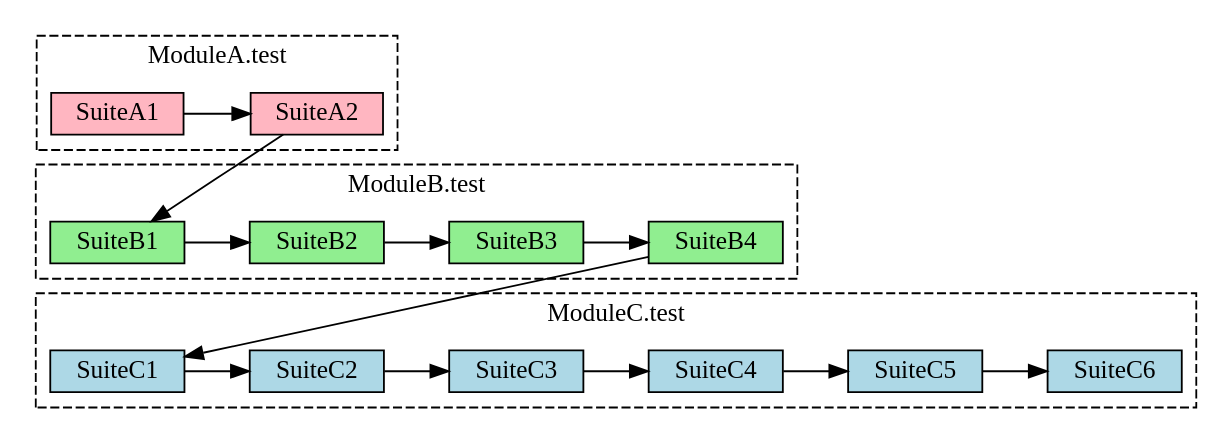
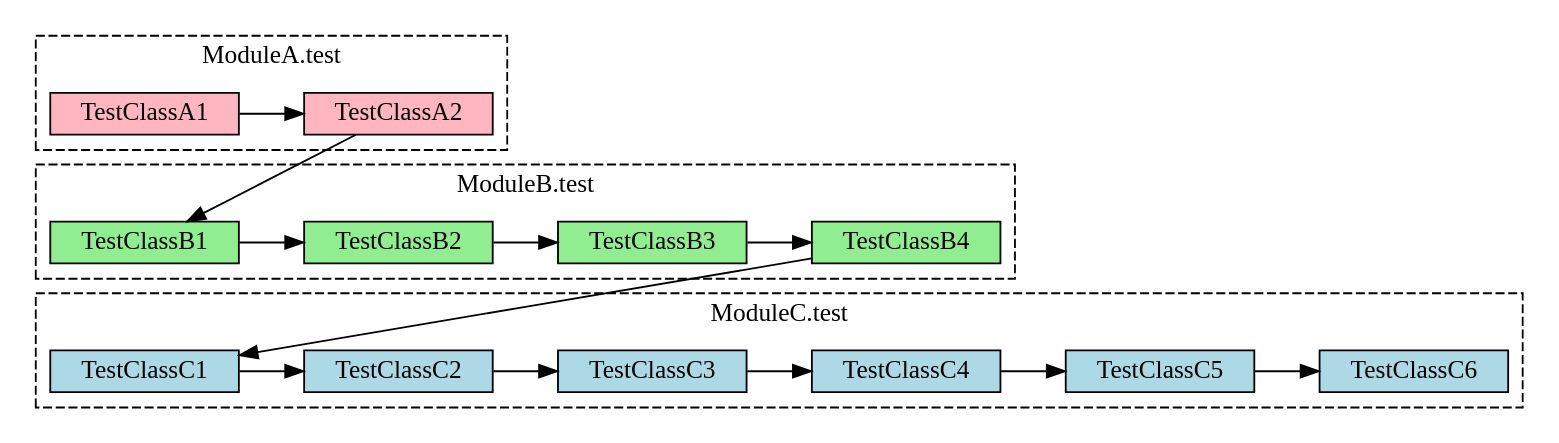
One commit to com-lihaoyi/mill changed the first of 5 diagrams in website/blog/modules/ROOT/pages/11-jvm-test-parallelism.adoc. Above: the diagram before and after it, drawn with Graphviz. The commit also changed other lines of this file, not shown here.

````diff
--- a/website/blog/modules/ROOT/pages/11-jvm-test-parallelism.adoc
+++ b/website/blog/modules/ROOT/pages/11-jvm-test-parallelism.adoc
@@ -56,41 +57,41 @@
 ```graphviz
 digraph G {
   rankdir=LR
   node [shape=box width=0 height=0]
   splines=false
   subgraph cluster_a {
       label="ModuleA.test"
       style="dashed"
-      SuiteA1 -> SuiteA2
-      SuiteA1 [style=filled fillcolor=lightpink]
-      SuiteA2 [style=filled fillcolor=lightpink]
+      TestClassA1 -> TestClassA2
+      TestClassA1 [style=filled fillcolor=lightpink]
+      TestClassA2 [style=filled fillcolor=lightpink]
   }
 
 
   subgraph cluster_b {
       label="ModuleB.test"
       style="dashed"
-      SuiteB1 -> SuiteB2 -> SuiteB3 -> SuiteB4
-      SuiteB1 [style=filled fillcolor=lightgreen]
-      SuiteB2 [style=filled fillcolor=lightgreen]
-      SuiteB3 [style=filled fillcolor=lightgreen]
-      SuiteB4 [style=filled fillcolor=lightgreen]
+      TestClassB1 -> TestClassB2 -> TestClassB3 -> TestClassB4
+      TestClassB1 [style=filled fillcolor=lightgreen]
+      TestClassB2 [style=filled fillcolor=lightgreen]
+      TestClassB3 [style=filled fillcolor=lightgreen]
+      TestClassB4 [style=filled fillcolor=lightgreen]
   }
 
   subgraph cluster_c {
       label="ModuleC.test"
       style="dashed"
-      SuiteC1 -> SuiteC2 -> SuiteC3 -> SuiteC4 -> SuiteC5 -> SuiteC6
-      SuiteC1 [style=filled fillcolor=lightblue]
-      SuiteC2 [style=filled fillcolor=lightblue]
-      SuiteC3 [style=filled fillcolor=lightblue]
-      SuiteC4 [style=filled fillcolor=lightblue]
-      SuiteC5 [style=filled fillcolor=lightblue]
-      SuiteC6 [style=filled fillcolor=lightblue]
+      TestClassC1 -> TestClassC2 -> TestClassC3 -> TestClassC4 -> TestClassC5 -> TestClassC6
+      TestClassC1 [style=filled fillcolor=lightblue]
+      TestClassC2 [style=filled fillcolor=lightblue]
+      TestClassC3 [style=filled fillcolor=lightblue]
+      TestClassC4 [style=filled fillcolor=lightblue]
+      TestClassC5 [style=filled fillcolor=lightblue]
+      TestClassC6 [style=filled fillcolor=lightblue]
   }
 
-  SuiteA2 -> SuiteB1 [constraint=none]
-  SuiteB4 -> SuiteC1 [constraint=none]
+  TestClassA2 -> TestClassB1 [constraint=none]
+  TestClassB4 -> TestClassC1 [constraint=none]
 
 }
 ```
````
